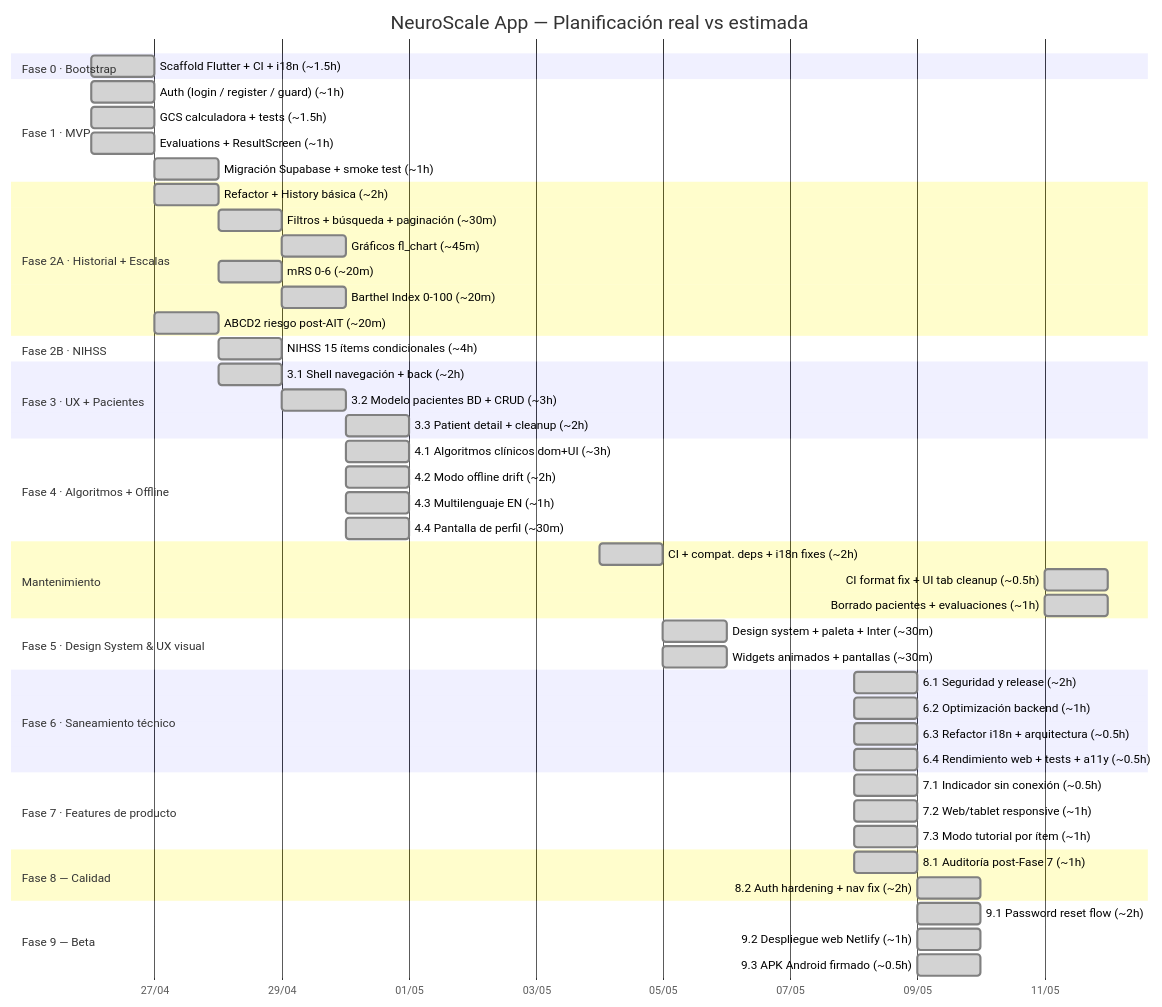
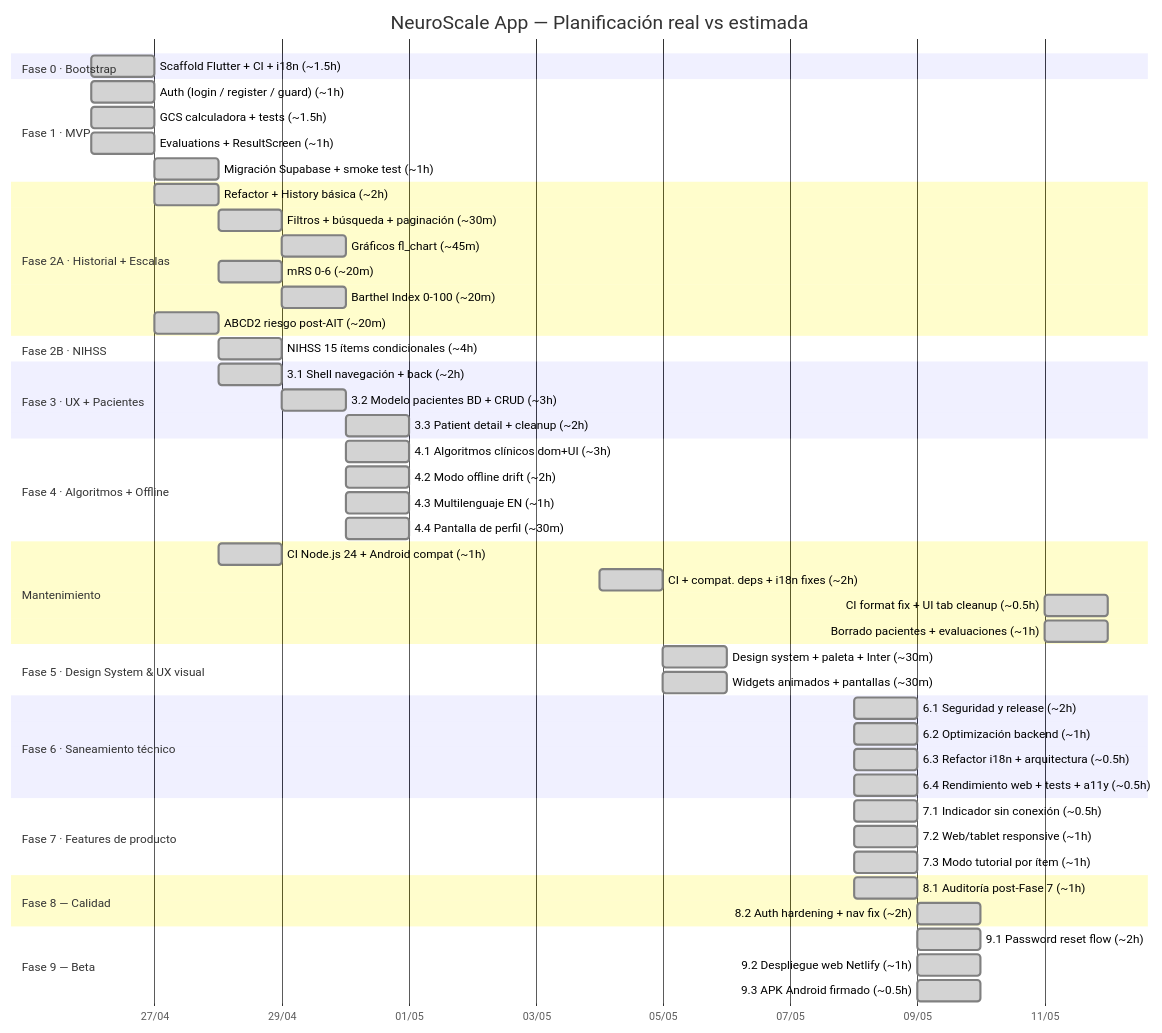
The diagram in README.md (grisllo/NeuroScaleApp), drawn with Mermaid before and after one commit. The commit also changed other lines of this file, not shown here.

Commit message:
docs(gantt): recuperar CI+Android compat de finales de abril (~1h)

````diff
--- a/README.md
+++ b/README.md
@@ -13,64 +13,65 @@
 ```mermaid
 gantt
     title NeuroScale App — Planificación real vs estimada
     dateFormat  YYYY-MM-DD
     axisFormat  %d/%m
 
     section Fase 0 · Bootstrap
     Scaffold Flutter + CI + i18n (~1.5h)      :done, f0,   2026-04-26, 1d
 
     section Fase 1 · MVP
     Auth (login / register / guard) (~1h)     :done, f1a,  2026-04-26, 1d
     GCS calculadora + tests (~1.5h)           :done, f1b,  2026-04-26, 1d
     Evaluations + ResultScreen (~1h)          :done, f1c,  2026-04-26, 1d
     Migración Supabase + smoke test (~1h)     :done, f1d,  2026-04-27, 1d
 
     section Fase 2A · Historial + Escalas
     Refactor + History básica (~2h)           :done, f2a1, 2026-04-27, 1d
     Filtros + búsqueda + paginación (~30m)    :done, f2a2, after f2a1, 1d
     Gráficos fl_chart (~45m)                  :done, f2a3, after f2a2, 1d
     mRS 0-6 (~20m)                            :done, f2a4, after f2a1, 1d
     Barthel Index 0-100 (~20m)                :done, f2a5, after f2a4, 1d
     ABCD2 riesgo post-AIT (~20m)              :done, f2a6, 2026-04-27, 1d
 
     section Fase 2B · NIHSS
     NIHSS 15 ítems condicionales (~4h)        :done, f2b,  2026-04-28, 1d
 
     section Fase 3 · UX + Pacientes
     3.1 Shell navegación + back (~2h)         :done, f3a,  2026-04-28, 1d
     3.2 Modelo pacientes BD + CRUD (~3h)      :done, f3b,  2026-04-29, 1d
     3.3 Patient detail + cleanup (~2h)        :done, f3c,  2026-04-30, 1d
 
     section Fase 4 · Algoritmos + Offline
     4.1 Algoritmos clínicos dom+UI (~3h)      :done, f4a,  2026-04-30, 1d
     4.2 Modo offline drift (~2h)              :done, f4b,  2026-04-30, 1d
     4.3 Multilenguaje EN (~1h)                :done, f4c,  2026-04-30, 1d
     4.4 Pantalla de perfil (~30m)             :done, f4d,  2026-04-30, 1d
 
     section Mantenimiento
+    CI Node.js 24 + Android compat (~1h)      :done, mnt0, 2026-04-28, 1d
     CI + compat. deps + i18n fixes (~2h)      :done, mnt,  2026-05-04, 1d
     CI format fix + UI tab cleanup (~0.5h)    :done, mnt2, 2026-05-11, 1d
     Borrado pacientes + evaluaciones (~1h)    :done, mnt3, 2026-05-11, 1d
 
     section Fase 5 · Design System & UX visual
     Design system + paleta + Inter (~30m)     :done, f5a,  2026-05-05, 1d
     Widgets animados + pantallas (~30m)       :done, f5b,  2026-05-05, 1d
 
     section Fase 6 · Saneamiento técnico
     6.1 Seguridad y release (~2h)             :done, f6a,  2026-05-08, 1d
     6.2 Optimización backend (~1h)            :done, f6b,  2026-05-08, 1d
     6.3 Refactor i18n + arquitectura (~0.5h)  :done, f6c,  2026-05-08, 1d
     6.4 Rendimiento web + tests + a11y (~0.5h):done, f6d,  2026-05-08, 1d
 
     section Fase 7 · Features de producto
     7.1 Indicador sin conexión (~0.5h)        :done, f7a,  2026-05-08, 1d
     7.2 Web/tablet responsive (~1h)           :done, f7b,  2026-05-08, 1d
     7.3 Modo tutorial por ítem (~1h)          :done, f7c,  2026-05-08, 1d
     section Fase 8 — Calidad
     8.1 Auditoría post-Fase 7 (~1h)           :done, f8a,  2026-05-08, 1d
     8.2 Auth hardening + nav fix (~2h)        :done, f8b,  2026-05-09, 1d
     section Fase 9 — Beta
     9.1 Password reset flow (~2h)             :done, f9a,  2026-05-09, 1d
     9.2 Despliegue web Netlify (~1h)          :done, f9b,  2026-05-09, 1d
     9.3 APK Android firmado (~0.5h)           :done, f9c,  2026-05-09, 1d
 ```
````
